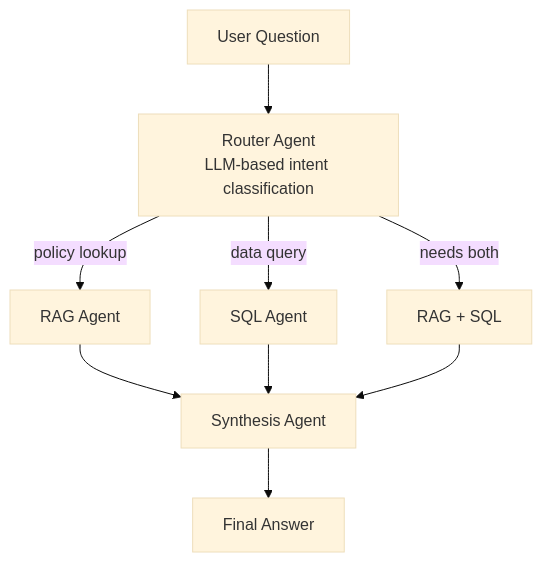
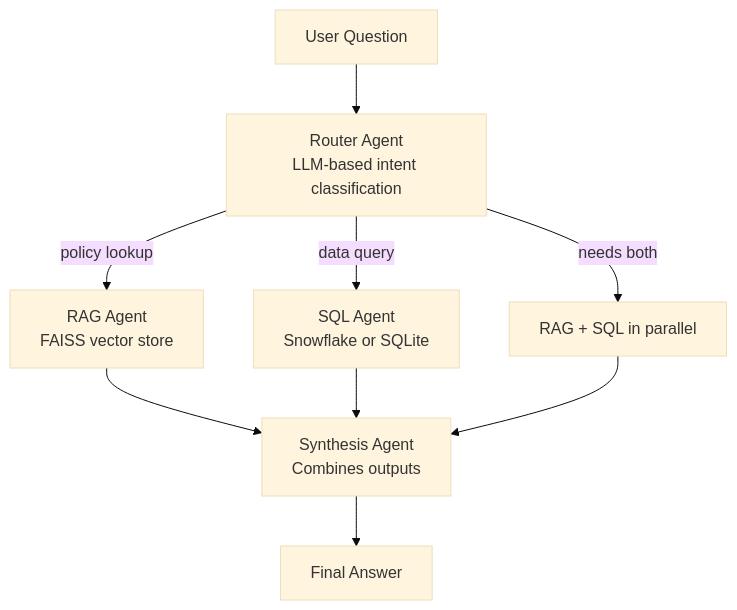
Before and after one commit to Nishant-Chaudhari-07/ai-bi-agent: the diagram in readme.md, drawn with Mermaid (base theme). The commit also changed other lines of this file, not shown here.

````diff
--- a/readme.md
+++ b/readme.md
@@ -20,11 +22,11 @@
 ```mermaid
 flowchart TD
     Q[User Question] --> R[Router Agent<br/>LLM-based intent classification]
-    R -->|policy lookup| RAG[RAG Agent]
-    R -->|data query| SQL[SQL Agent]
-    R -->|needs both| BOTH[RAG + SQL]
-    RAG --> S[Synthesis Agent]
+    R -->|policy lookup| RAG[RAG Agent<br/>FAISS vector store]
+    R -->|data query| SQL[SQL Agent<br/>Snowflake or SQLite]
+    R -->|needs both| BOTH[RAG + SQL in parallel]
+    RAG --> S[Synthesis Agent<br/>Combines outputs]
     SQL --> S
     BOTH --> S
     S --> A[Final Answer]
 ```
````
